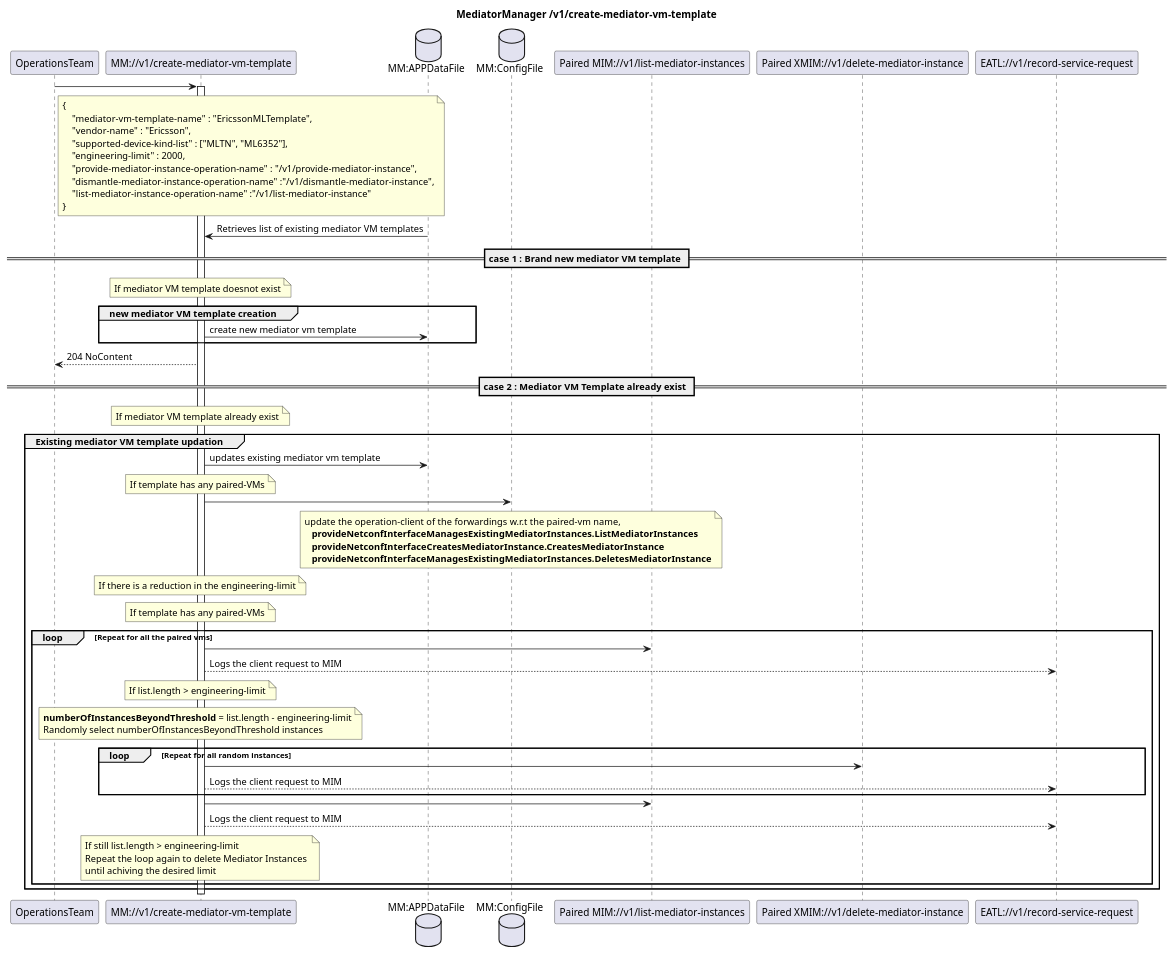
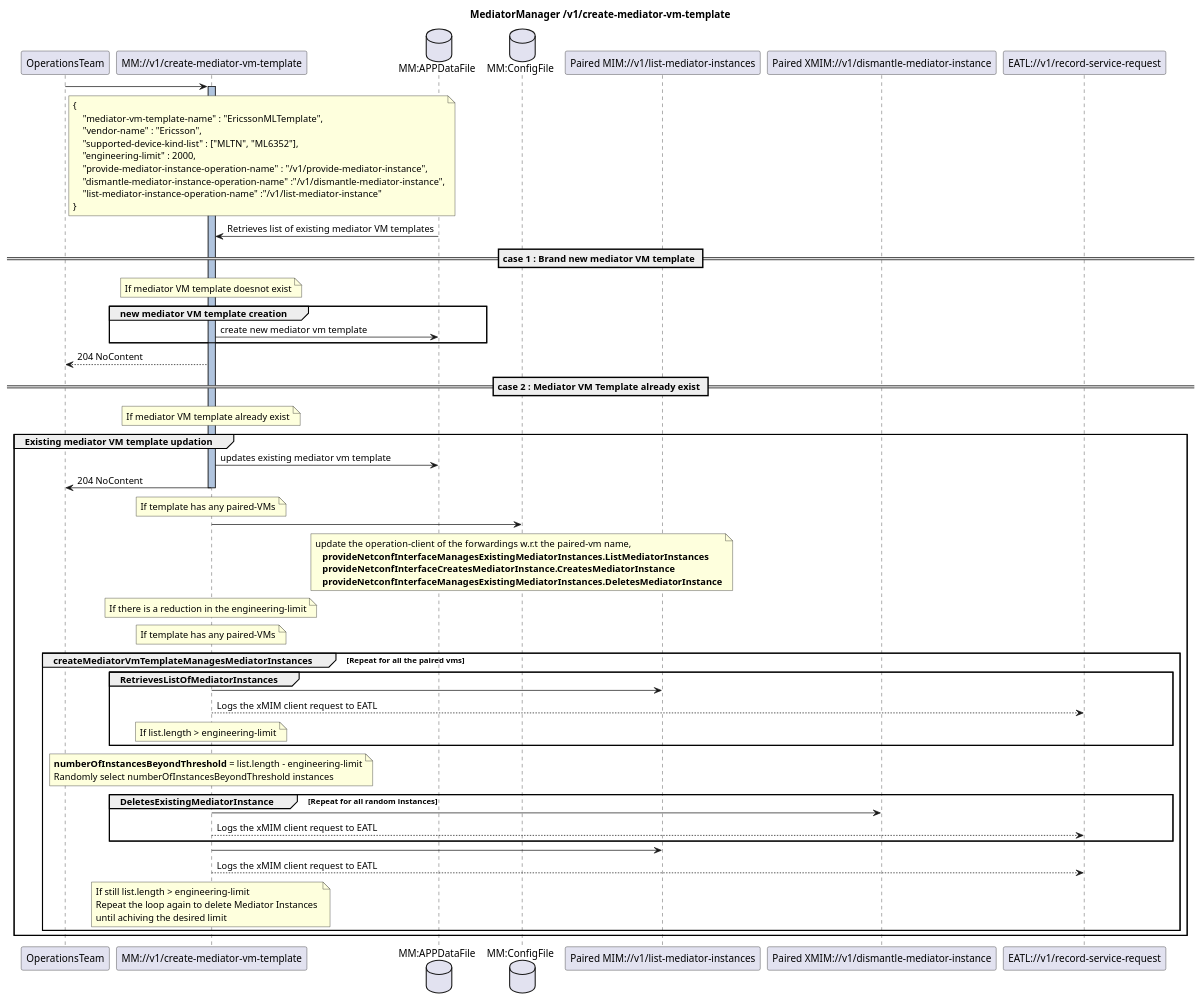
One commit to PrathibaJee/MediatorManager changed the diagram in spec/diagrams/template/createMediatorVMTemplate.plantuml. Above: the diagram before and after it, drawn with PlantUML. The commit also changed 4 other files, not shown here.

Commit message:
Changes to plantuml

```diff
--- a/spec/diagrams/template/createMediatorVMTemplate.plantuml
+++ b/spec/diagrams/template/createMediatorVMTemplate.plantuml
@@ -1,96 +1,97 @@
 @startuml CreateMediatorVmTemplate
 skinparam responseMessageBelowArrow true
 
 title
 MediatorManager /v1/create-mediator-vm-template
 end title
 
 participant "OperationsTeam" as OT
 participant "MM://v1/create-mediator-vm-template" as MM
 database "MM:APPDataFile" as AppData
 database "MM:ConfigFile" as ConfigFile
 participant "Paired MIM://v1/list-mediator-instances" as MIMList
-participant "Paired XMIM://v1/delete-mediator-instance" as MIMDel
+participant "Paired XMIM://v1/dismantle-mediator-instance" as MIMDel
 participant "EATL://v1/record-service-request" as MIMEatl
 
 OT -> MM : 
 note right OT
     {
         "mediator-vm-template-name" : "EricssonMLTemplate",
         "vendor-name" : "Ericsson",
         "supported-device-kind-list" : ["MLTN", "ML6352"],
         "engineering-limit" : 2000,
         "provide-mediator-instance-operation-name" : "/v1/provide-mediator-instance",
         "dismantle-mediator-instance-operation-name" :"/v1/dismantle-mediator-instance",
         "list-mediator-instance-operation-name" :"/v1/list-mediator-instance"
     }
 end note
-activate MM
+activate MM #LightSteelBlue
 
 AppData -> MM : Retrieves list of existing mediator VM templates
 
 == case 1 : Brand new mediator VM template ==
 note over MM
    If mediator VM template doesnot exist
 end note
 
 group new mediator VM template creation
     MM -> AppData :  create new mediator vm template
 end
 
 MM --> OT : 204 NoContent
 
 == case 2 : Mediator VM Template already exist ==
 note over MM
    If mediator VM template already exist
 end note
 
 group Existing mediator VM template updation
     MM -> AppData :  updates existing mediator vm template
-
+    MM -> OT : 204 NoContent
+deactivate MM
     note over MM
         If template has any paired-VMs
     end note
     MM -> ConfigFile : 
     note over ConfigFile
         update the operation-client of the forwardings w.r.t the paired-vm name,
           <b> provideNetconfInterfaceManagesExistingMediatorInstances.ListMediatorInstances
           <b> provideNetconfInterfaceCreatesMediatorInstance.CreatesMediatorInstance
           <b> provideNetconfInterfaceManagesExistingMediatorInstances.DeletesMediatorInstance
     end note
 
     note over MM
        If there is a reduction in the engineering-limit
     end note
 
     note over MM
        If template has any paired-VMs
     end note
 
-    loop Repeat for all the paired vms
+    group createMediatorVmTemplateManagesMediatorInstances [Repeat for all the paired vms]
+        group RetrievesListOfMediatorInstances
         MM -> MIMList :
-        MM --> MIMEatl : Logs the client request to MIM
+        MM --> MIMEatl : Logs the xMIM client request to EATL
         note over MM
             If list.length > engineering-limit
         end note
+        end
         note over MM
             <b>numberOfInstancesBeyondThreshold</b> = list.length - engineering-limit
             Randomly select numberOfInstancesBeyondThreshold instances
         end note
-        loop Repeat for all random instances
+        group DeletesExistingMediatorInstance [Repeat for all random instances]
             MM -> MIMDel : 
-            MM --> MIMEatl : Logs the client request to MIM
+            MM --> MIMEatl : Logs the xMIM client request to EATL
         end note
         MM -> MIMList :
-        MM --> MIMEatl : Logs the client request to MIM
+        MM --> MIMEatl : Logs the xMIM client request to EATL
         note over MM
             If still list.length > engineering-limit
             Repeat the loop again to delete Mediator Instances 
             until achiving the desired limit
         end note
     end    
 end
 
-deactivate MM
-
 @enduml
```
